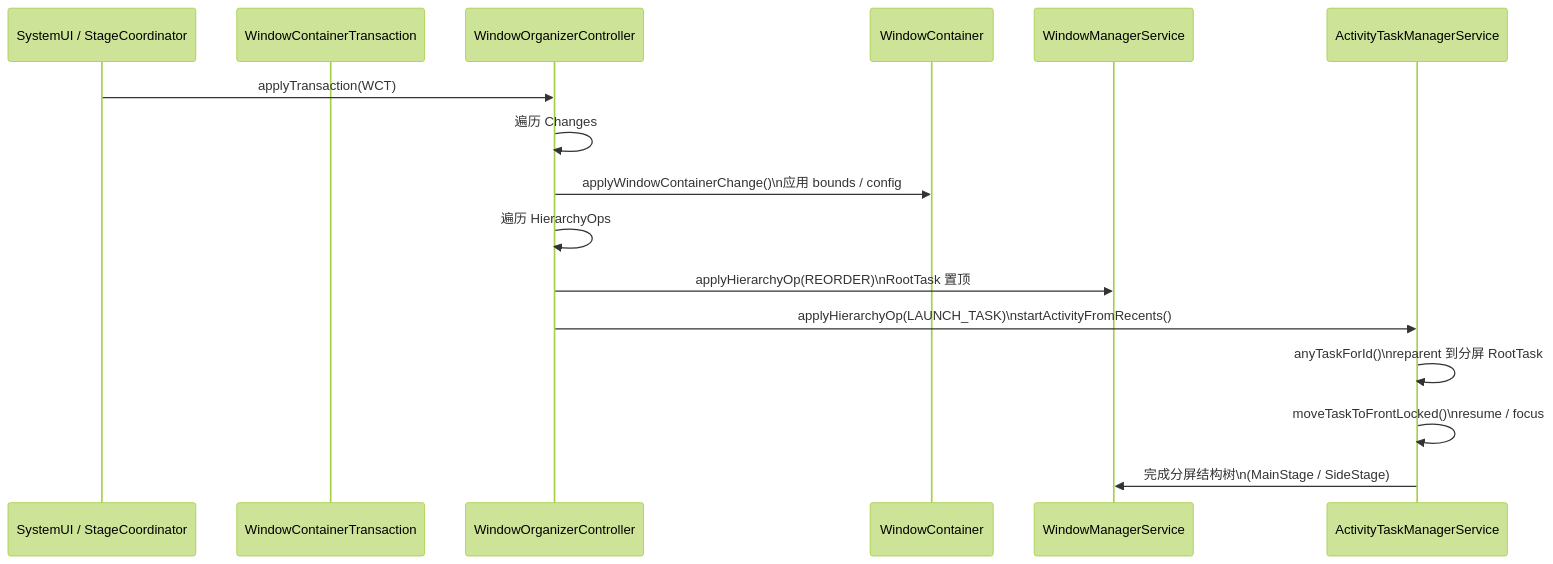
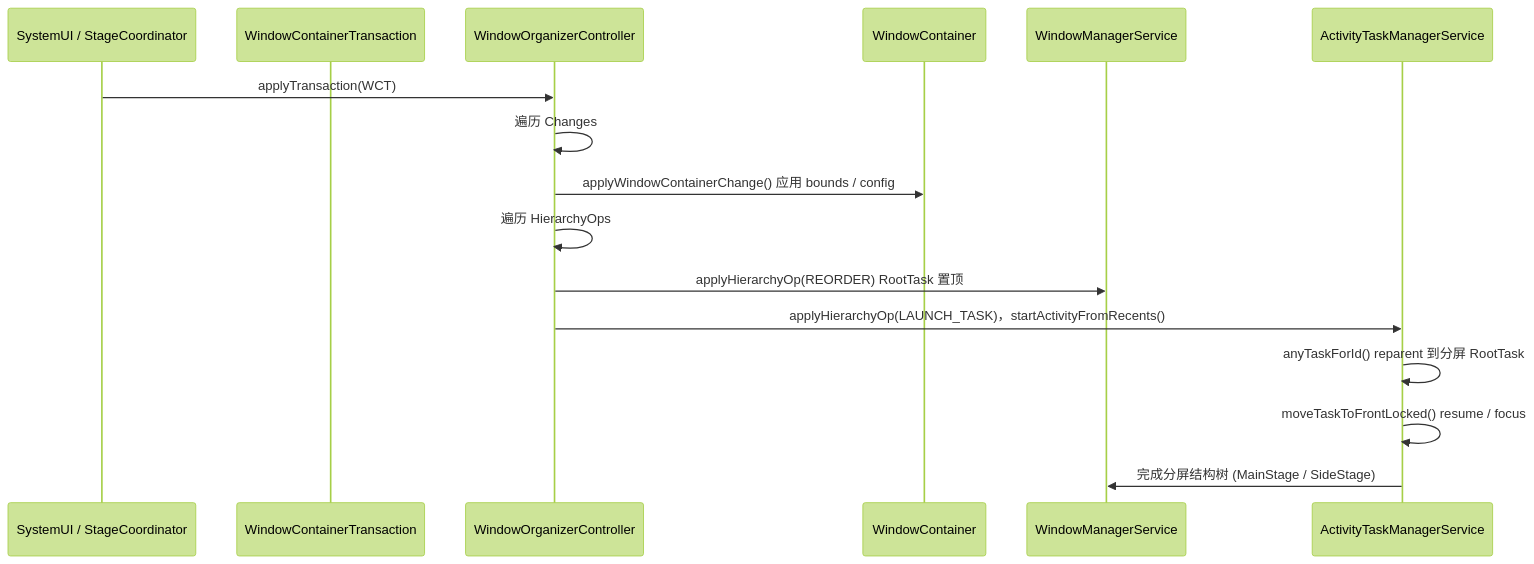
Before and after one commit to rangerzhou/rangerzhou.github.io: the sixth of 6 diagrams in source/_posts/Android/AndroidDevelop_045_WMS_SplitScreen.md, drawn with Mermaid (forest theme). The commit also changed other lines of this file, not shown here.

````diff
--- a/source/_posts/Android/AndroidDevelop_045_WMS_SplitScreen.md
+++ b/source/_posts/Android/AndroidDevelop_045_WMS_SplitScreen.md
@@ -183,23 +209,23 @@
 ``` mermaid
 sequenceDiagram
     participant SystemUI as SystemUI / StageCoordinator
     participant WCT as WindowContainerTransaction
     participant WOC as WindowOrganizerController
     participant WC as WindowContainer
     participant WM as WindowManagerService
     participant ATMS as ActivityTaskManagerService
 
     SystemUI ->> WOC: applyTransaction(WCT)
     WOC ->> WOC: 遍历 Changes
-    WOC ->> WC: applyWindowContainerChange()\n应用 bounds / config
+    WOC ->> WC: applyWindowContainerChange() 应用 bounds / config
 
     WOC ->> WOC: 遍历 HierarchyOps
-    WOC ->> WM: applyHierarchyOp(REORDER)\nRootTask 置顶
-    WOC ->> ATMS: applyHierarchyOp(LAUNCH_TASK)\nstartActivityFromRecents()
+    WOC ->> WM: applyHierarchyOp(REORDER) RootTask 置顶
+    WOC ->> ATMS: applyHierarchyOp(LAUNCH_TASK)，startActivityFromRecents()
 
-    ATMS ->> ATMS: anyTaskForId()\nreparent 到分屏 RootTask
-    ATMS ->> ATMS: moveTaskToFrontLocked()\nresume / focus
+    ATMS ->> ATMS: anyTaskForId() reparent 到分屏 RootTask
+    ATMS ->> ATMS: moveTaskToFrontLocked() resume / focus
 
-    ATMS ->> WM: 完成分屏结构树\n(MainStage / SideStage)
+    ATMS ->> WM: 完成分屏结构树 (MainStage / SideStage)
 
 ```
````
